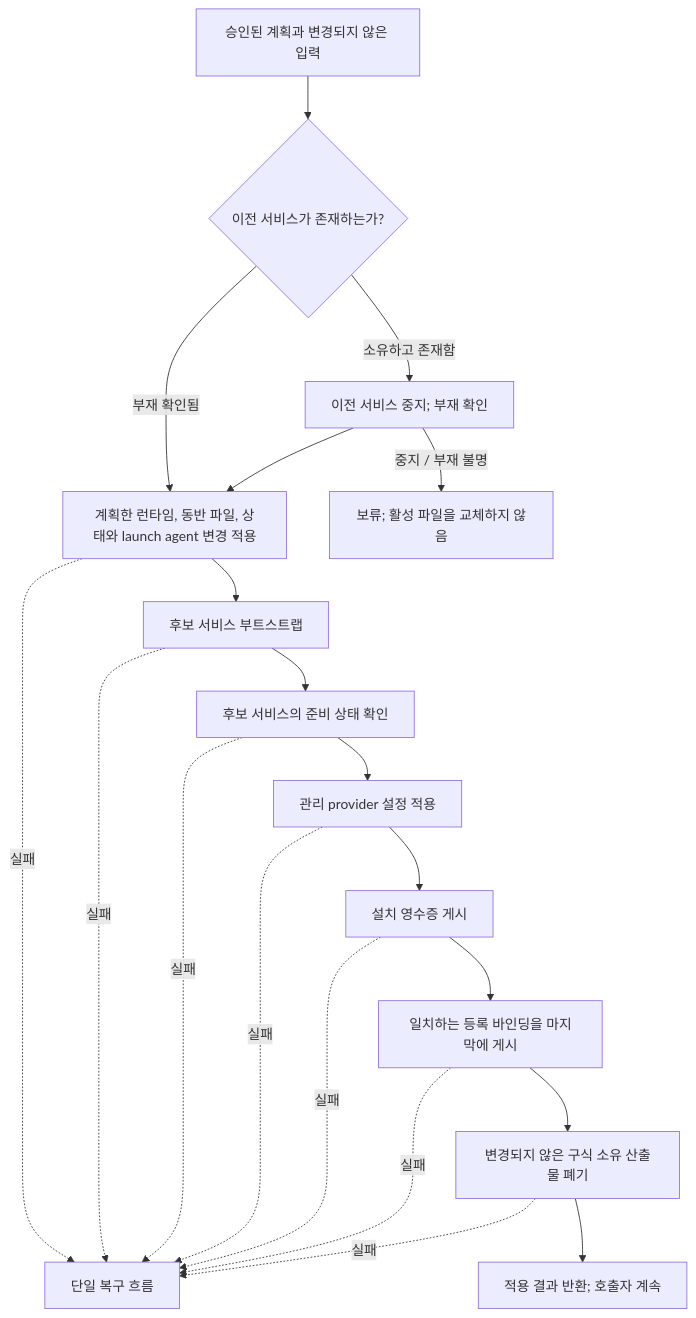
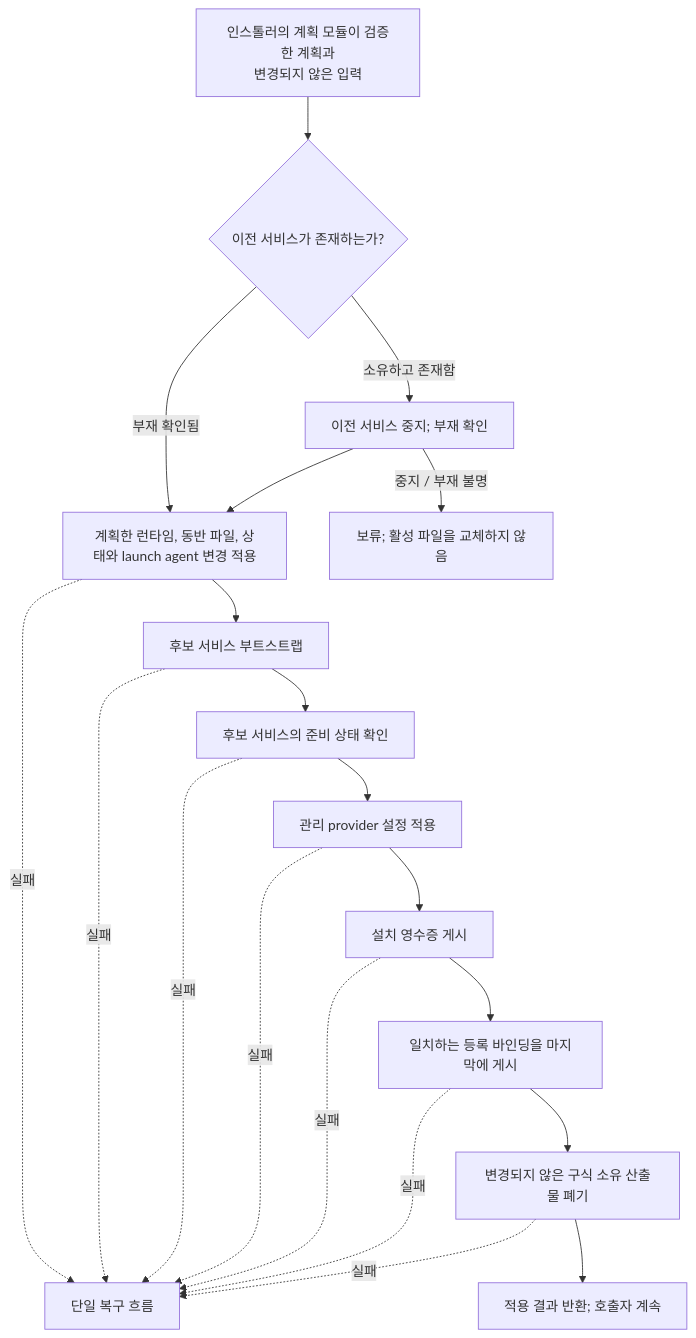
Before and after one commit to AidALL/ghost-alice: the fourth of 6 diagrams in docs/ko/coding-convention/specs/2026-10-15-gateway-installer-design.md, drawn with Mermaid. The commit also changed other lines of this file and 221 other files, not shown here.

````diff
--- a/docs/ko/coding-convention/specs/2026-10-15-gateway-installer-design.md
+++ b/docs/ko/coding-convention/specs/2026-10-15-gateway-installer-design.md
@@ -154,22 +154,22 @@
 ```mermaid
 flowchart TD
-    P["승인된 계획과 변경되지 않은 입력"] --> S{"이전 서비스가 존재하는가?"}
+    P["인스톨러의 계획 모듈이 검증한 계획과<br/>변경되지 않은 입력"] --> S{"이전 서비스가 존재하는가?"}
     S -->|"소유하고 존재함"| STOP["이전 서비스 중지; 부재 확인"]
     S -->|"부재 확인됨"| APPLY["계획한 런타임, 동반 파일, 상태와 launch agent 변경 적용"]
     STOP --> APPLY
     STOP -->|"중지 / 부재 불명"| HOLD["보류; 활성 파일을 교체하지 않음"]
     APPLY --> START["후보 서비스 부트스트랩"]
     START --> READY["후보 서비스의 준비 상태 확인"]
     READY --> CONFIG["관리 provider 설정 적용"]
     CONFIG --> RECEIPT["설치 영수증 게시"]
     RECEIPT --> BIND["일치하는 등록 바인딩을 마지막에 게시"]
     BIND --> OLD["변경되지 않은 구식 소유 산출물 폐기"]
     OLD --> DONE["적용 결과 반환; 호출자 계속"]
     APPLY -. "실패" .-> REC["단일 복구 흐름"]
     START -. "실패" .-> REC
     READY -. "실패" .-> REC
     CONFIG -. "실패" .-> REC
     RECEIPT -. "실패" .-> REC
     BIND -. "실패" .-> REC
     OLD -. "실패" .-> REC
 ```
````
